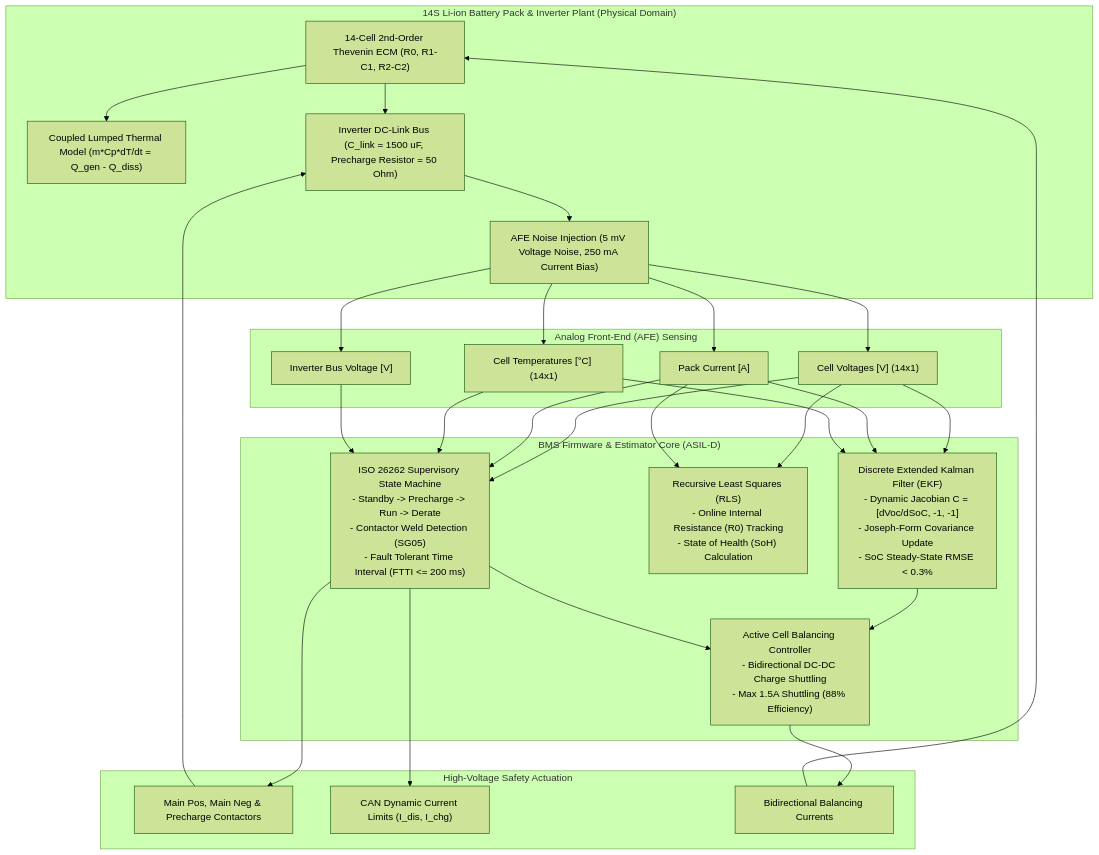
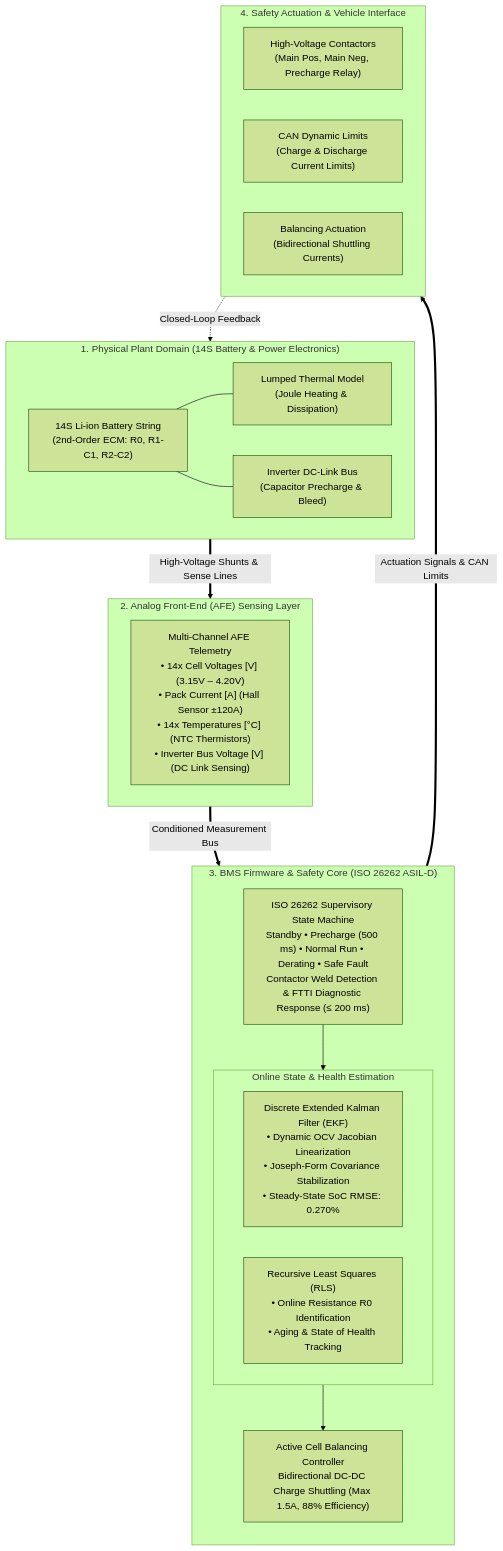
Before and after one commit to prahas12/EV-BMS-ISO26262-EKF-ActiveBalancing: the diagram in README.md, drawn with Mermaid (forest theme). The commit also changed other lines of this file and 3 other files, not shown here.

Commit message:
Fix LaTeX math rendering and architecture diagram layout in README

````diff
--- a/README.md
+++ b/README.md
@@ -14,41 +16,44 @@
 ```mermaid
 flowchart TD
-    subgraph PLANT ["14S Li-ion Battery Pack & Inverter Plant (Physical Domain)"]
-        ECM["14-Cell 2nd-Order Thevenin ECM (R0, R1-C1, R2-C2)"]
-        Thermal["Coupled Lumped Thermal Model (m*Cp*dT/dt = Q_gen - Q_diss)"]
-        Inverter["Inverter DC-Link Bus (C_link = 1500 uF, Precharge Resistor = 50 Ohm)"]
-        Noise["AFE Noise Injection (5 mV Voltage Noise, 250 mA Current Bias)"]
-        ECM --> Thermal
-        ECM --> Inverter
-        Inverter --> Noise
+    subgraph PLANT ["1. Physical Plant Domain (14S Battery & Power Electronics)"]
+        direction LR
+        BATT["14S Li-ion Battery String<br/>(2nd-Order ECM: R0, R1-C1, R2-C2)"]
+        THERMAL["Lumped Thermal Model<br/>(Joule Heating & Dissipation)"]
+        INVERTER["Inverter DC-Link Bus<br/>(Capacitor Precharge & Bleed)"]
+        BATT --- THERMAL
+        BATT --- INVERTER
     end
 
-    subgraph SENSORS ["Analog Front-End (AFE) Sensing"]
-        Noise --> V_meas["Cell Voltages [V] (14x1)"]
-        Noise --> I_meas["Pack Current [A]"]
-        Noise --> T_meas["Cell Temperatures [°C] (14x1)"]
-        Noise --> Vbus_meas["Inverter Bus Voltage [V]"]
+    subgraph AFE ["2. Analog Front-End (AFE) Sensing Layer"]
+        direction LR
+        AFE_SENSE["Multi-Channel AFE Telemetry<br/>• 14x Cell Voltages [V] (3.15V – 4.20V)<br/>• Pack Current [A] (Hall Sensor ±120A)<br/>• 14x Temperatures [°C] (NTC Thermistors)<br/>• Inverter Bus Voltage [V] (DC Link Sensing)"]
     end
 
-    subgraph BMS_CORE ["BMS Firmware & Estimator Core (ASIL-D)"]
-        EKF["Discrete Extended Kalman Filter (EKF)\n- Dynamic Jacobian C = [dVoc/dSoC, -1, -1]\n- Joseph-Form Covariance Update\n- SoC Steady-State RMSE < 0.3%"]
-        RLS["Recursive Least Squares (RLS)\n- Online Internal Resistance (R0) Tracking\n- State of Health (SoH) Calculation"]
-        FSM["ISO 26262 Supervisory State Machine\n- Standby -> Precharge -> Run -> Derate\n- Contactor Weld Detection (SG05)\n- Fault Tolerant Time Interval (FTTI <= 200 ms)"]
-        BAL["Active Cell Balancing Controller\n- Bidirectional DC-DC Charge Shuttling\n- Max 1.5A Shuttling (88% Efficiency)"]
+    subgraph BMS ["3. BMS Firmware & Safety Core (ISO 26262 ASIL-D)"]
+        direction TB
+        FSM["ISO 26262 Supervisory State Machine<br/>Standby • Precharge (500 ms) • Normal Run • Derating • Safe Fault<br/>Contactor Weld Detection & FTTI Diagnostic Response (≤ 200 ms)"]
         
-        V_meas & I_meas & T_meas & Vbus_meas --> FSM
-        V_meas & I_meas & T_meas --> EKF
-        V_meas & I_meas --> RLS
-        EKF --> BAL
-        FSM --> BAL
+        subgraph ESTIMATION ["Online State & Health Estimation"]
+            direction LR
+            EKF["Discrete Extended Kalman Filter (EKF)<br/>• Dynamic OCV Jacobian Linearization<br/>• Joseph-Form Covariance Stabilization<br/>• Steady-State SoC RMSE: 0.270%"]
+            RLS["Recursive Least Squares (RLS)<br/>• Online Resistance R0 Identification<br/>• Aging & State of Health Tracking"]
+        end
+
+        BAL["Active Cell Balancing Controller<br/>Bidirectional DC-DC Charge Shuttling (Max 1.5A, 88% Efficiency)"]
+
+        FSM --> ESTIMATION
+        ESTIMATION --> BAL
     end
 
-    subgraph ACTUATION ["High-Voltage Safety Actuation"]
-        FSM --> Contactors["Main Pos, Main Neg & Precharge Contactors"]
-        FSM --> Derate["CAN Dynamic Current Limits (I_dis, I_chg)"]
-        BAL --> I_bal["Bidirectional Balancing Currents"]
+    subgraph ACTUATION ["4. Safety Actuation & Vehicle Interface"]
+        direction LR
+        CONTACTORS["High-Voltage Contactors<br/>(Main Pos, Main Neg, Precharge Relay)"]
+        DERATE["CAN Dynamic Limits<br/>(Charge & Discharge Current Limits)"]
+        BAL_ACT["Balancing Actuation<br/>(Bidirectional Shuttling Currents)"]
     end
 
-    Contactors --> Inverter
-    I_bal --> ECM
+    PLANT ==>|High-Voltage Shunts & Sense Lines| AFE
+    AFE ==>|Conditioned Measurement Bus| BMS
+    BMS ==>|Actuation Signals & CAN Limits| ACTUATION
+    ACTUATION -.->|Closed-Loop Feedback| PLANT
 ```
````
